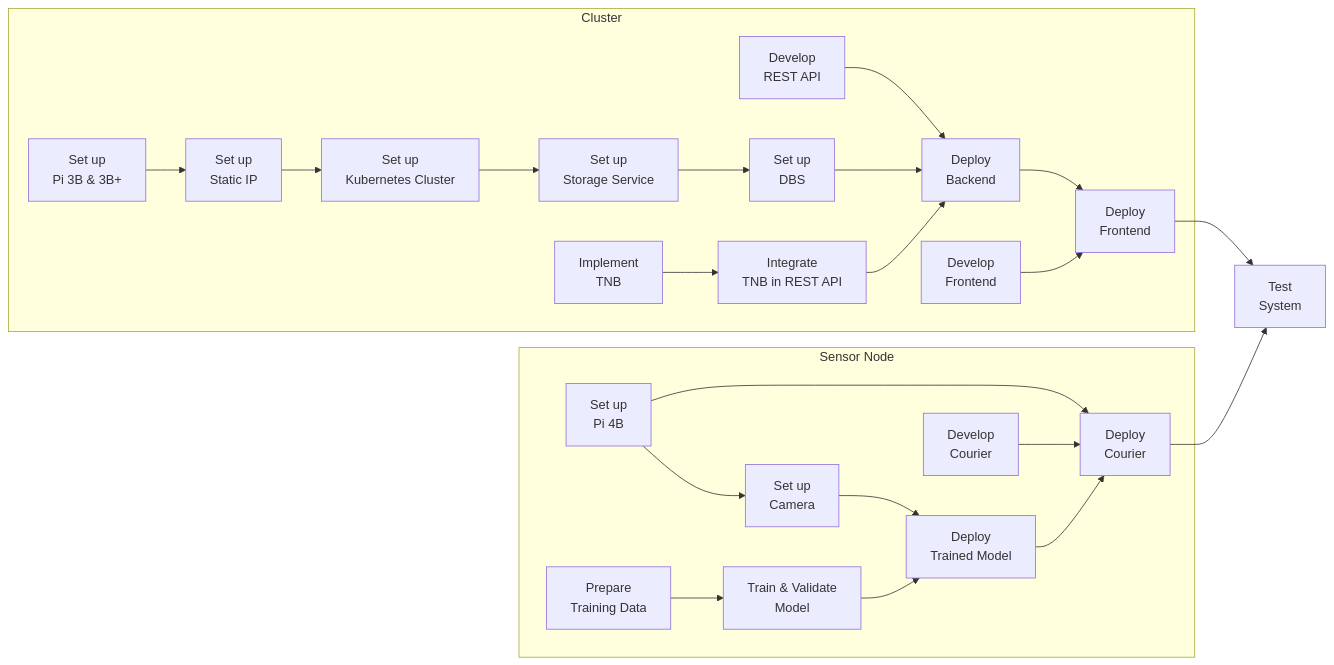
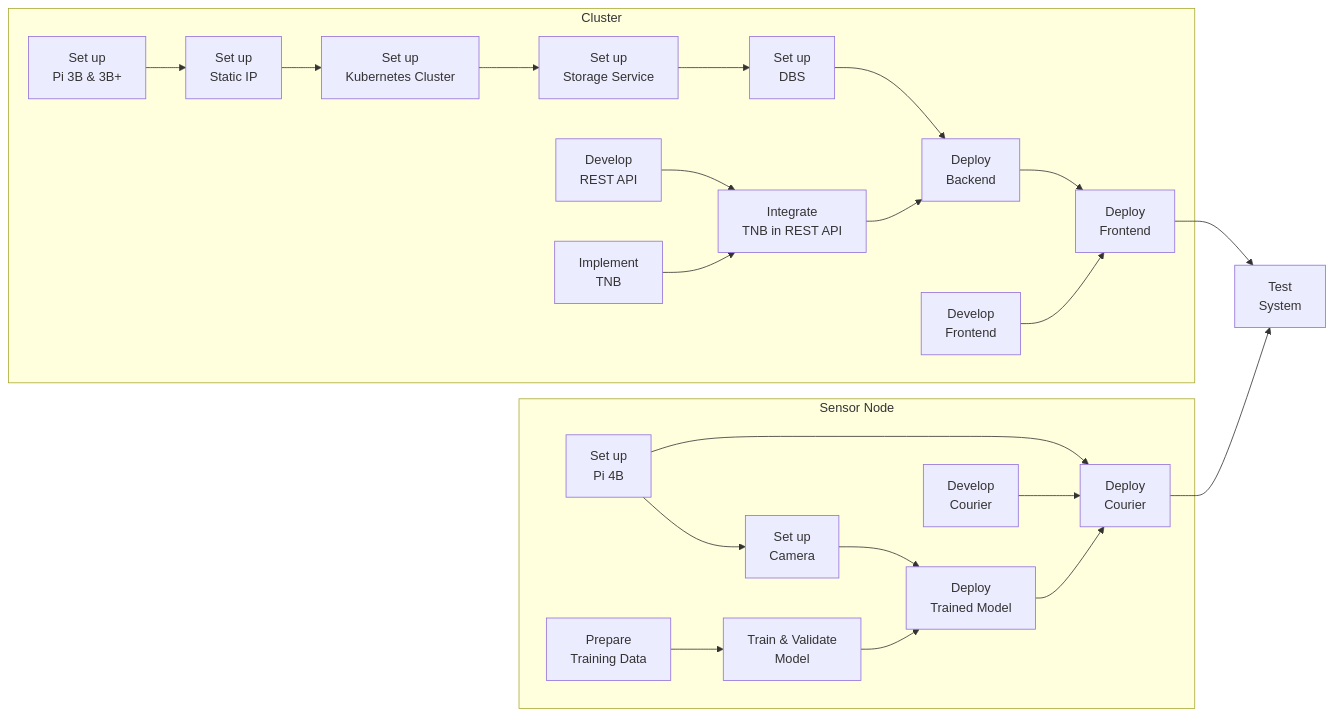
Before and after one commit to ccfrauasgr2/pet-detection: the fourth of 4 diagrams in docs/Group_2_SS23_ProjectReport.md, drawn with Mermaid.

Commit message:
changed project plan

````diff
--- a/docs/Group_2_SS23_ProjectReport.md
+++ b/docs/Group_2_SS23_ProjectReport.md
@@ -246,50 +246,50 @@
 ```mermaid
 flowchart LR
     
     subgraph Sensor Node
     id11[Set up\nPi 4B]
     id12[Set up\nCamera]
     id13[Prepare\nTraining Data]
     id14[Train & Validate\nModel]
     id15[Deploy\nTrained Model]
     id16[Develop\nCourier]
     id17[Deploy\nCourier]
     
     id11 --> id12 --> id15
     id13 --> id14 --> id15
     id15 & id16 & id11 --> id17
     
     end
         
     subgraph Cluster
     id21[Set up\nPi 3B & 3B+]
     id22[Set up\nStatic IP]
     id23[Set up\nKubernetes Cluster]
     id24[Set up\nStorage Service]
     id25[Develop\nREST API]
     id26[Deploy\nBackend]
     id27[Set up\nDBS]
     
 
     id21 --> id22 --> id23 --> id24 --> id27
-    id33 --> id34
-    id25 & id27 & id34 --> id26
+    id33 & id25 --> id34
+    id27 & id34 --> id26
         
     id31[Develop\nFrontend]
     id32[Deploy\nFrontend]
     id33[Implement\nTNB]
     id34[Integrate\nTNB in REST API]
 
     id26 & id31 --> id32
     end
 
     
     id51[Test\nSystem]
 
     id32 & id17 --> id51
     
     
 
    
 
 ```
````
